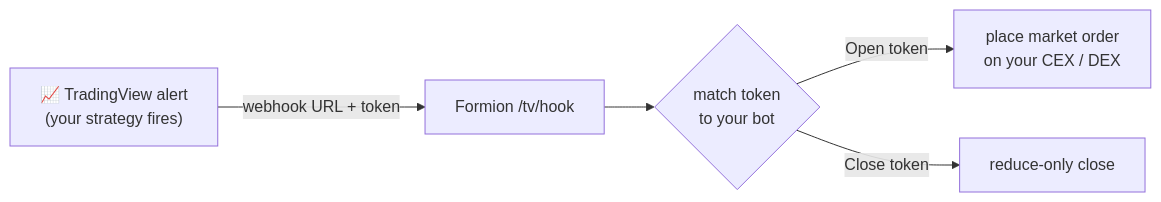
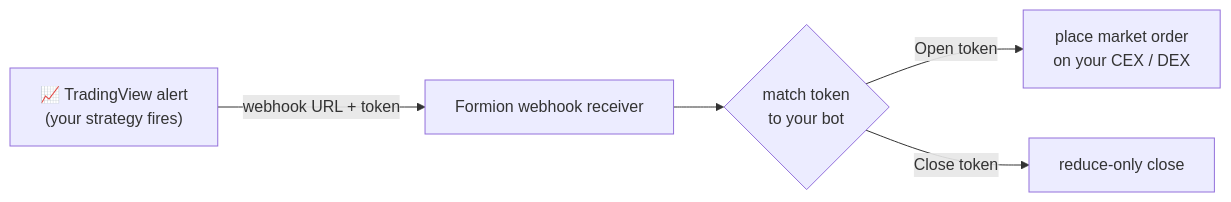
One commit to formionai/docs changed the diagram in how-to-automate-trades-tradingview-alerts.md. Above: the diagram before and after it, drawn with Mermaid. The commit also changed other lines of this file and 37 other files, not shown here.

````diff
--- a/how-to-automate-trades-tradingview-alerts.md
+++ b/how-to-automate-trades-tradingview-alerts.md
@@ -11,7 +11,7 @@
 ```mermaid
 flowchart LR
-  TV["📈 TradingView alert<br/>(your strategy fires)"] -->|"webhook URL + token"| H["Formion /tv/hook"]
+  TV["📈 TradingView alert<br/>(your strategy fires)"] -->|"webhook URL + token"| H["Formion webhook receiver"]
   H --> M{"match token<br/>to your bot"}
   M -->|"Open token"| O["place market order<br/>on your CEX / DEX"]
   M -->|"Close token"| C["reduce-only close"]
 ```
````
